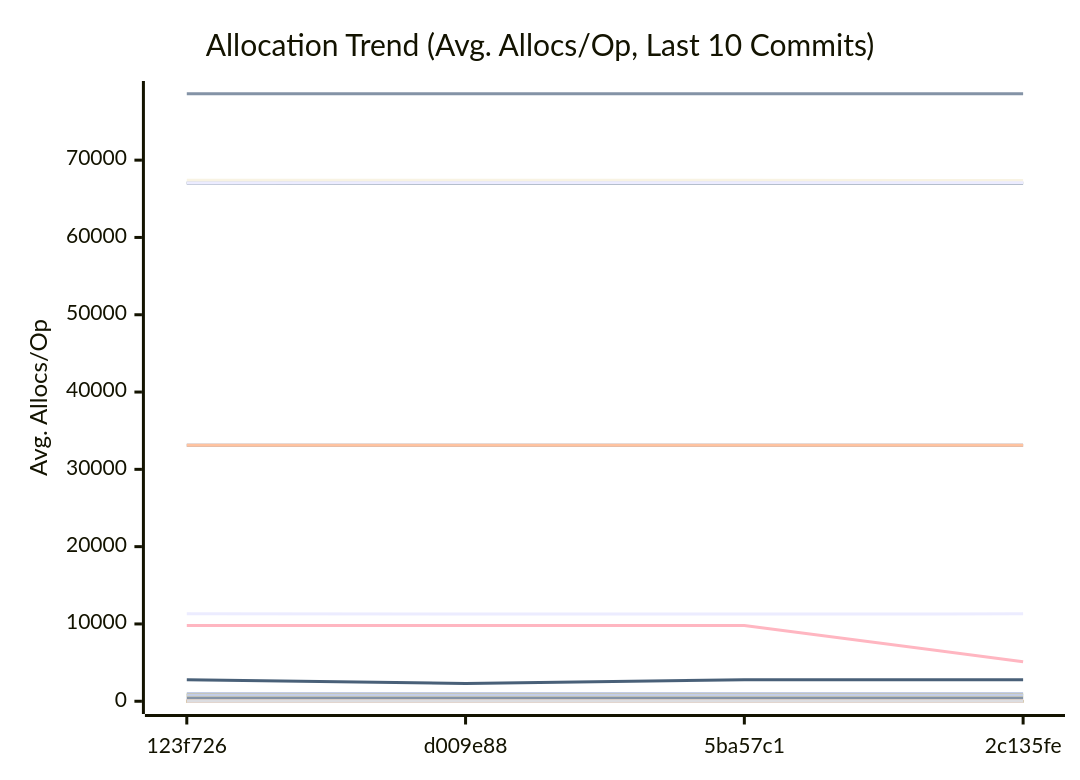
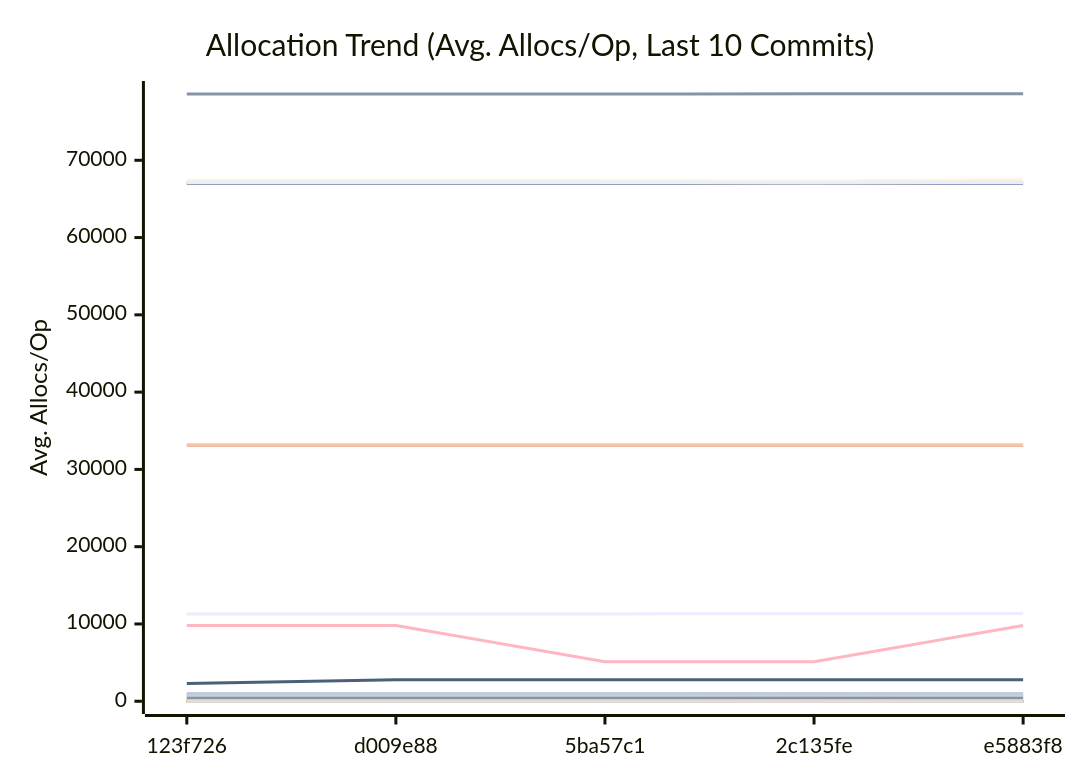
One commit to alsotoes/momo changed the third of 3 diagrams in docs/PERFORMANCE.md. Above: the diagram before and after it, drawn with Mermaid. The commit also changed other lines of this file and 6 other files, not shown here.

````diff
--- a/docs/PERFORMANCE.md
+++ b/docs/PERFORMANCE.md
@@ -360,44 +360,44 @@
 ```mermaid
 xychart-beta
     title "Allocation Trend (Avg. Allocs/Op, Last 10 Commits)"
     x-axis "Commit"
     y-axis "Avg. Allocs/Op"
-    x-axis [123f726,d009e88,5ba57c1,2c135fe]
-    line "AWSChunkedReaderSigned" [11313,11300,11299,11305,11315,11352,11288,11282,11307,11314]
-    line "AWSChunkedReaderUnsigned" [78582,78589,78575,78586,78603,78609,78561,78569,78579,78587]
+    x-axis [123f726,d009e88,5ba57c1,2c135fe,e5883f8]
+    line "AWSChunkedReaderSigned" [11300,11299,11305,11315,11352,11288,11282,11307,11314,11300]
+    line "AWSChunkedReaderUnsigned" [78589,78575,78586,78603,78609,78561,78569,78579,78587,78576]
     line "CheckMetricsAndSwap" [0,0,0,0,0,0,0,0,0,0]
     line "CrushOptimized" [0,0,0,0,0,0,0,0,0,0]
     line "CrushOriginal" [3,3,3,3,3,3,3,3,3,3]
     line "FormatListObjectsV2XML_AppendFormat" [16,16,16,16,16,16,16,16,16,16]
     line "FormatListObjectsV2XML_OldFormat" [1000,1000,1000,1000,1000,1000,1000,1000,1000,1000]
     line "HashBytes/1MiB" [64,64,64,64,64,64,64,64,64,64]
     line "HashBytes/256MiB" [64,64,64,64,64,64,64,64,64,64]
     line "HashBytes/64MiB" [64,64,64,64,64,64,64,64,64,64]
     line "HashFile/1MiB" [33128,33128,33128,33128,33128,33128,33128,33128,33128,33128]
     line "HashFile/256MiB" [33128,33128,33128,33128,33128,33128,33128,33128,33128,33128]
     line "HashFile/64MiB" [33128,33128,33128,33128,33128,33128,33128,33128,33128,33128]
     line "IndexDirectTracking" [0,0,0,0,0,0,0,0,0,0]
     line "IndexSearch" [0,0,0,0,0,0,0,0,0,0]
     line "LastModifiedHeader_AppendFormat" [0,0,0,0,0,0,0,0,0,0]
     line "LastModifiedHeader_Format" [1,1,1,1,1,1,1,1,1,1]
     line "LoadGlobalConfig" [58,58,58,58,58,58,58,58,58,58]
-    line "LocalWrite/1MiB" [67034,67035,67028,67030,67029,67036,67031,67028,67030,67033]
-    line "LocalWrite/256MiB" [67393,67386,67388,67358,67330,67465,67275,67218,67324,67356]
-    line "LocalWrite/64MiB" [67056,67086,67077,67086,67071,67103,67070,67080,67067,67089]
+    line "LocalWrite/1MiB" [67035,67028,67030,67029,67036,67031,67028,67030,67033,67040]
+    line "LocalWrite/256MiB" [67386,67388,67358,67330,67465,67275,67218,67324,67356,67435]
+    line "LocalWrite/64MiB" [67086,67077,67086,67071,67103,67070,67080,67067,67089,67097]
     line "PadString" [1,1,1,1,1,1,1,1,1,1]
     line "ParseReplicationOrder_NoPrealloc" [6,6,6,6,6,5,5,5,5,5]
     line "ParseReplicationOrder_Prealloc" [2,2,2,2,2,1,1,1,1,1]
     line "Placement" [6,6,6,6,6,6,6,6,6,6]
     line "PlacementDomainSpread" [6,6,6,6,6,6,6,6,6,6]
-    line "ReadVerify/1MiB" [465,462,461,460,460,484,458,466,460,436]
-    line "ReadVerify/256MiB" [9808,9808,9808,5120,5120,9808,9808,5120,5120,9808]
-    line "ReadVerify/64MiB" [2776,2307,2776,2776,2776,2776,2307,2307,2307,2776]
+    line "ReadVerify/1MiB" [462,461,460,460,484,458,466,460,436,471]
+    line "ReadVerify/256MiB" [9808,9808,5120,5120,9808,9808,5120,5120,9808,9808]
+    line "ReadVerify/64MiB" [2307,2776,2776,2776,2776,2307,2307,2307,2776,2776]
     line "S3PutSpool/1MiB" [447,447,447,447,447,447,447,447,447,447]
     line "S3PutSpool/256MiB" [448,448,448,448,448,448,448,448,448,448]
-    line "S3PutSpool/64MiB" [448,448,446,448,448,448,448,448,448,448]
+    line "S3PutSpool/64MiB" [448,446,448,448,448,448,448,448,448,448]
     line "SanitizeLog/Safe" [0,0,0,0,0,0,0,0,0,0]
     line "SanitizeLog/Unsafe" [1,1,1,1,1,1,1,1,1,1]
-    line "TrustedRead/1MiB" [800,800,800,800,830,800,827,800,800,800]
-    line "TrustedRead/256MiB" [800,800,800,800,800,800,800,800,800,800]
+    line "TrustedRead/1MiB" [800,800,800,830,800,827,800,800,800,800]
+    line "TrustedRead/256MiB" [800,800,800,800,800,800,800,800,800,848]
     line "TrustedRead/64MiB" [800,800,800,800,800,800,800,800,800,800]
 ```
````
